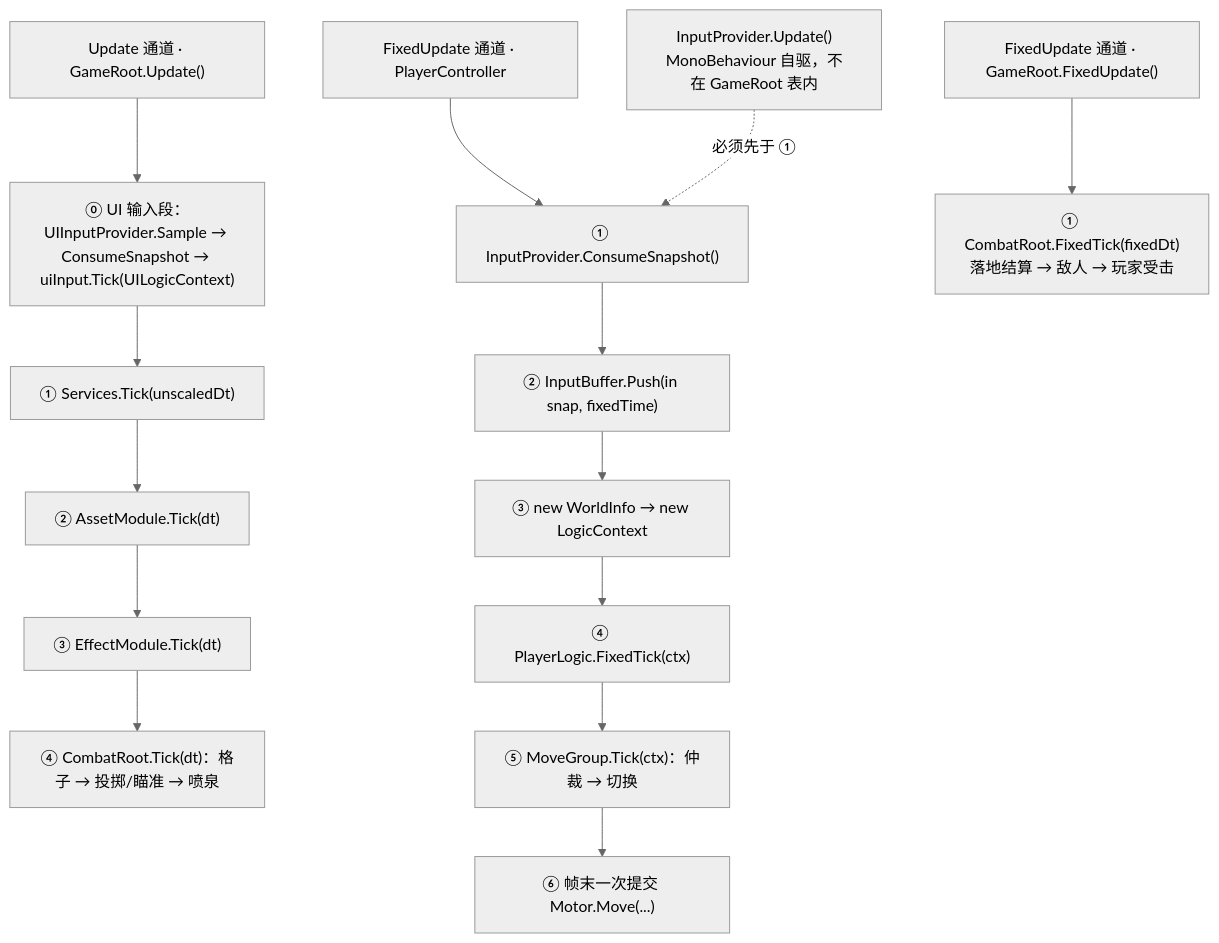
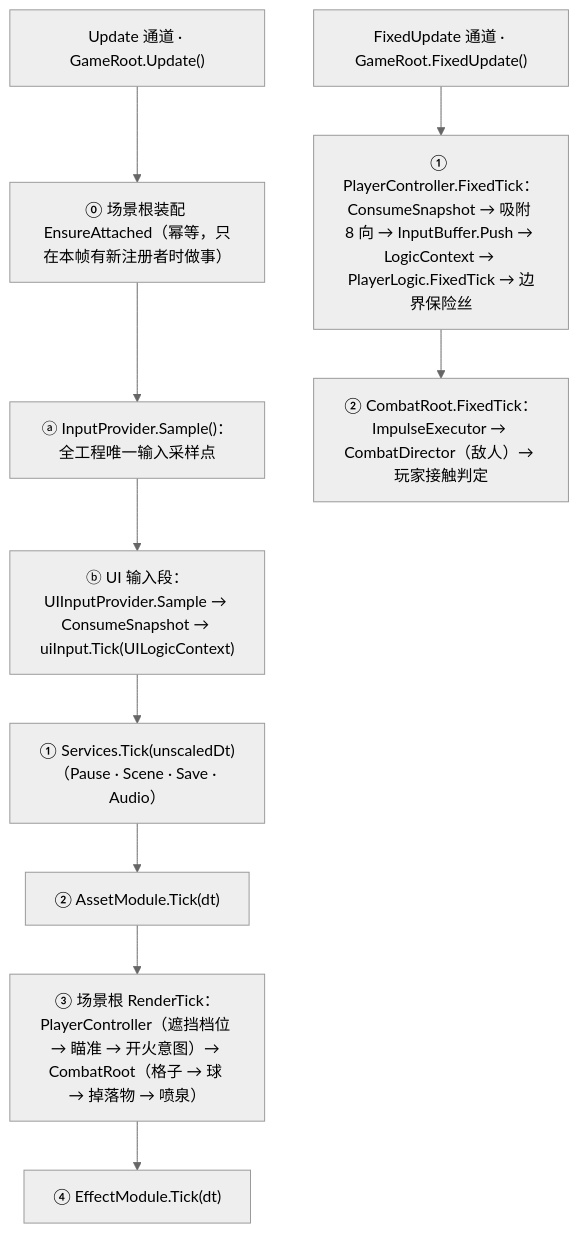
The second of 3 diagrams in Docs/框架设计/框架蓝图.md (5FYZhou/deepseaoil), drawn with Mermaid (neutral theme) before and after one commit. The commit also changed other lines of this file and 13 other files, not shown here.

````diff
--- a/Docs/框架设计/框架蓝图.md
+++ b/Docs/框架设计/框架蓝图.md
@@ -29,19 +30,13 @@
 ```mermaid
 flowchart TD
-  U["Update 通道 · GameRoot.Update()"] --> U0["⓪ UI 输入段：UIInputProvider.Sample → ConsumeSnapshot → uiInput.Tick(UILogicContext)"]
-  U0 --> U1["① Services.Tick(unscaledDt)"]
+  U["Update 通道 · GameRoot.Update()"] --> U0["⓪ 场景根装配 EnsureAttached（幂等，只在本帧有新注册者时做事）"]
+  U0 --> UA["ⓐ InputProvider.Sample()：全工程唯一输入采样点"]
+  UA --> UB["ⓑ UI 输入段：UIInputProvider.Sample → ConsumeSnapshot → uiInput.Tick(UILogicContext)"]
+  UB --> U1["① Services.Tick(unscaledDt)（Pause · Scene · Save · Audio）"]
   U1 --> U2["② AssetModule.Tick(dt)"]
-  U2 --> U3["③ EffectModule.Tick(dt)"]
-  U3 --> U4["④ CombatRoot.Tick(dt)：格子 → 投掷/瞄准 → 喷泉"]
+  U2 --> U3["③ 场景根 RenderTick：PlayerController（遮挡档位 → 瞄准 → 开火意图）→ CombatRoot（格子 → 球 → 掉落物 → 喷泉）"]
+  U3 --> U4["④ EffectModule.Tick(dt)"]
 
-  F["FixedUpdate 通道 · PlayerController"] --> F1["① InputProvider.ConsumeSnapshot()"]
-  F1 --> F2["② InputBuffer.Push(in snap, fixedTime)"]
-  F2 --> F3["③ new WorldInfo → new LogicContext"]
-  F3 --> F4["④ PlayerLogic.FixedTick(ctx)"]
-  F4 --> F5["⑤ MoveGroup.Tick(ctx)：仲裁 → 切换"]
-  F5 --> F6["⑥ 帧末一次提交 Motor.Move(...)"]
-
-  CF["FixedUpdate 通道 · GameRoot.FixedUpdate()"] --> C1["① CombatRoot.FixedTick(fixedDt)<br/>落地结算 → 敌人 → 玩家受击"]
-
-  S["InputProvider.Update()<br/>MonoBehaviour 自驱，不在 GameRoot 表内"] -.->|"必须先于 ①"| F1
+  F["FixedUpdate 通道 · GameRoot.FixedUpdate()"] --> F1["① PlayerController.FixedTick：ConsumeSnapshot → 吸附 8 向 → InputBuffer.Push → LogicContext → PlayerLogic.FixedTick → 边界保险丝"]
+  F1 --> F2["② CombatRoot.FixedTick：ImpulseExecutor → CombatDirector（敌人）→ 玩家接触判定"]
 ```
````
